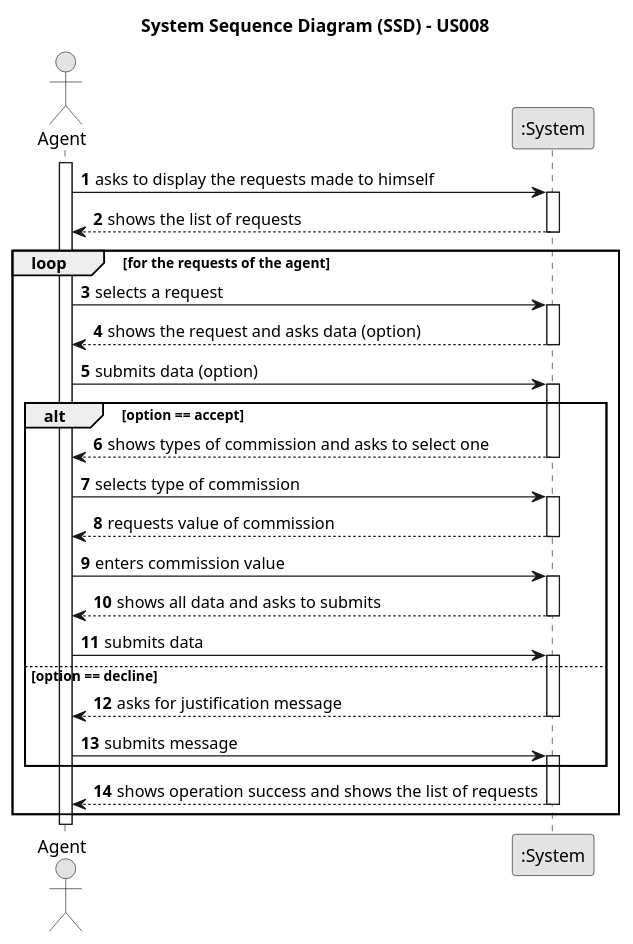
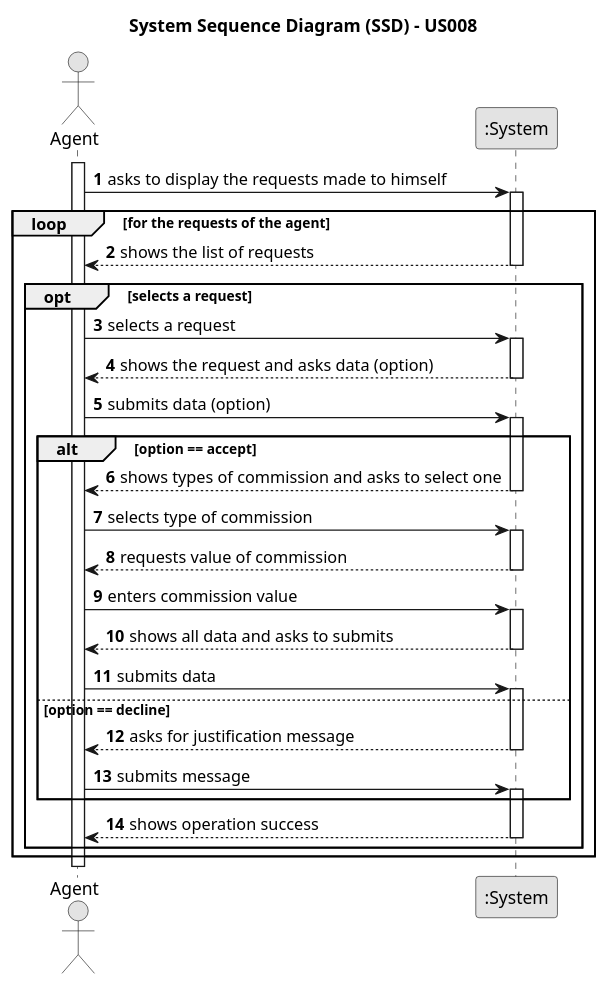
The diagram in docs/sprintC/us008/01.requirements-engineering/puml/us008-system-sequence-diagram.puml (rita-barbosa/LAPR2-2223), drawn with PlantUML before and after one commit. The commit also changed 1 other file, not shown here.

```diff
--- a/docs/sprintC/us008/01.requirements-engineering/puml/us008-system-sequence-diagram.puml
+++ b/docs/sprintC/us008/01.requirements-engineering/puml/us008-system-sequence-diagram.puml
@@ -1,118 +1,123 @@
 @startuml
 skinparam monochrome true
 skinparam packageStyle rectangle
 skinparam shadowing false
 
 title System Sequence Diagram (SSD) - US008
 
 autonumber
 
 actor "Agent" as Employee
 participant ":System" as System
 
 activate Employee
 
     Employee -> System : asks to display the requests made to himself
     activate System
 
-    System --> Employee : shows the list of requests
-    deactivate System
 
     loop for the requests of the agent
+
+        System --> Employee : shows the list of requests
+        deactivate System
+
+        opt selects a request
 
         Employee -> System : selects a request
         activate System
 
         System --> Employee : shows the request and asks data (option)
         deactivate System
 
         Employee -> System : submits data (option)
         activate System
 
         alt option == accept
 
         System --> Employee : shows types of commission and asks to select one
         deactivate System
 
         Employee -> System : selects type of commission
         activate System
 
         System --> Employee : requests value of commission
         deactivate System
 
         Employee -> System : enters commission value
         activate System
 
         System --> Employee : shows all data and asks to submits
         deactivate System
 
         Employee -> System : submits data
         activate System
 
         else option == decline
 
         System --> Employee : asks for justification message
         deactivate System
 
         Employee -> System :submits message
         activate System
 
         end
 
-        System --> Employee : shows operation success and shows the list of requests
+        System --> Employee : shows operation success
         deactivate System
+
+        end
 
 
 '        alt accept request
 '        Employee -> System : asks to make a request become an announcement
 '        activate System
 '
 '        System --> Employee : shows the request and asks for confirmation
 '        deactivate System
 '
 '        Employee -> System : submits data
 '        activate System
 '
 '        System --> Employee : shows operation success and shows the list of requests
 '        deactivate System
 '
 '        else decline request
 '        Employee -> System : asks to decline an announcement request
 '        activate System
 '
 '        System --> Employee : shows the request and asks for justification message
 '        deactivate System
 '
 '        Employee -> System :submits message
 '        activate System
 '
 '        System --> Employee : asks for confirmation
 '        deactivate System
 '
 '        Employee -> System : submits data
 '        activate System
 '
 '        System --> Employee : shows operation success and shows the list of requests
 '        deactivate System
 '
 '        end
 
 '        opt request
 '
 '        Employee -> System : asks to make a request become an announcement
 '        activate System
 '
 '        System --> Employee : shows the request and asks for confirmation
 '        deactivate System
 '
 '        Employee -> System : submits data
 '        activate System
 '
 '        System --> Employee : shows operation success and shows the list of requests
 '        deactivate System
 '
 '        end
 
     end
 
 @enduml
```
